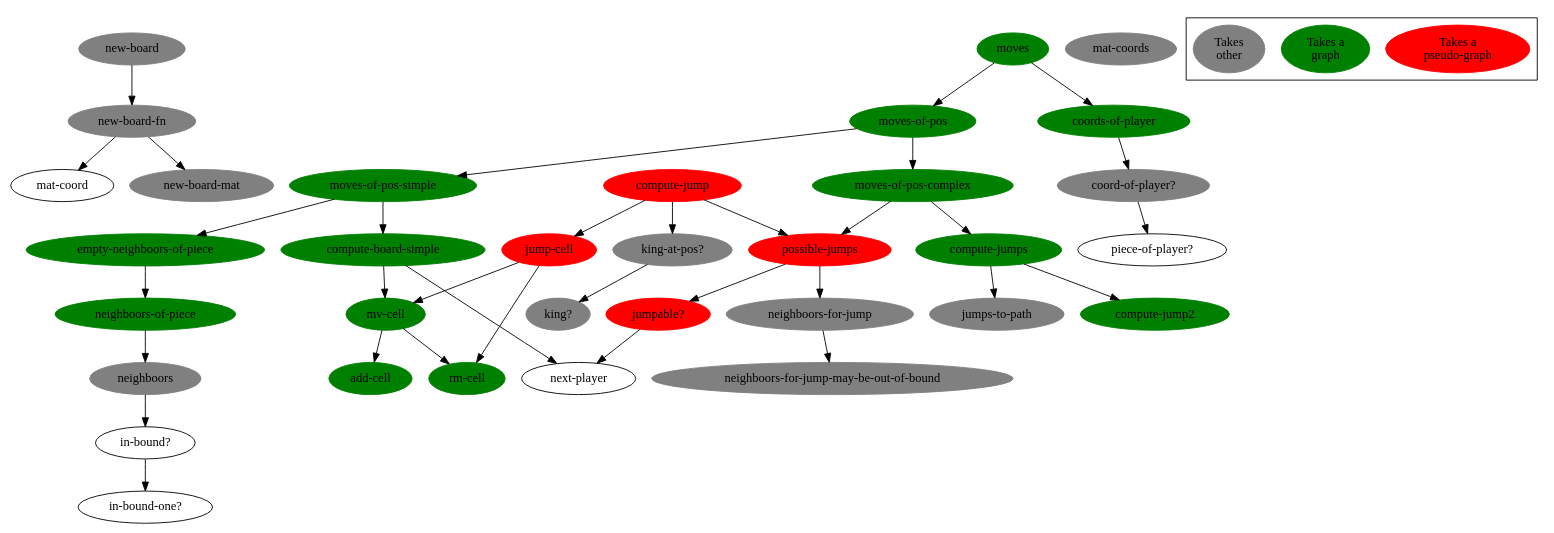
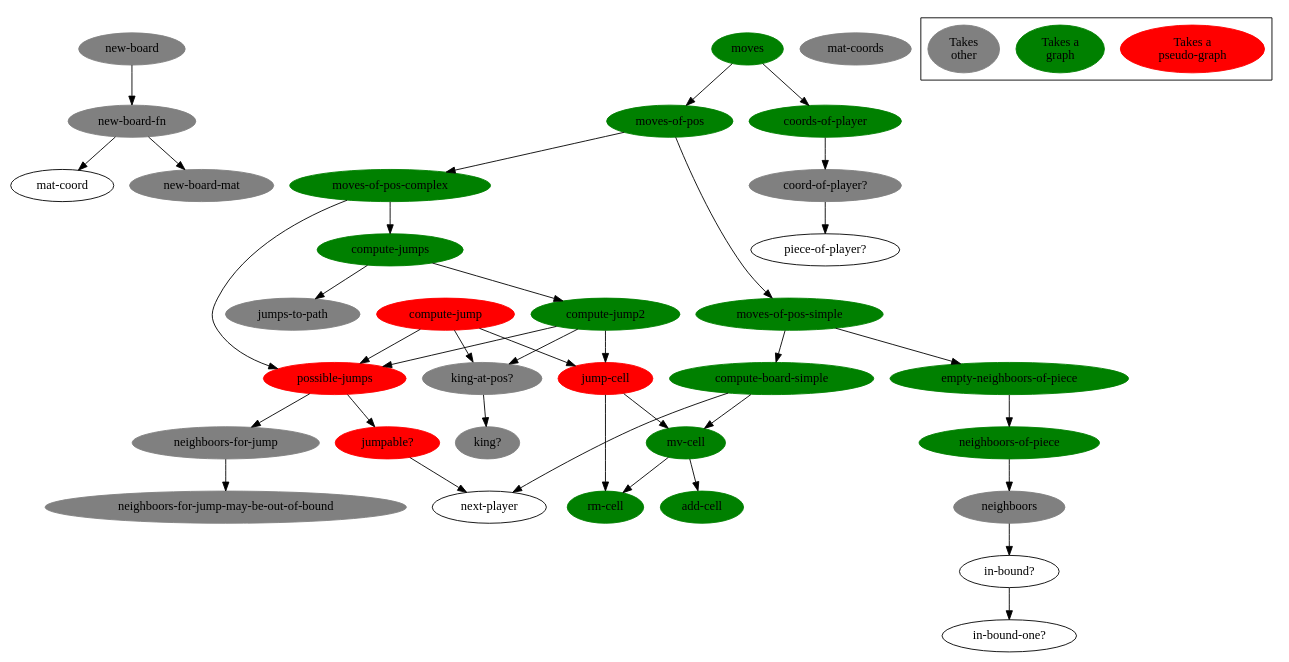
Before and after one commit to denlab/clojure-plays-checkers: the diagram in doc/function-graph-detailled.dot, drawn with Graphviz. The commit also changed 1 other file, not shown here.

Commit message:
refacto-in-progress: implemented compute-jump2, compute-jump ready to be deleted

```diff
--- a/doc/function-graph-detailled.dot
+++ b/doc/function-graph-detailled.dot
@@ -1,115 +1,119 @@
 digraph funtions {
 
 /******************************************************************************
  *                         edges                                              *         
  ******************************************************************************/
 
         "new-board-fn" -> "mat-coord";
         "new-board-fn" -> "new-board-mat";
         
         "new-board" -> "new-board-fn";
 
         "in-bound?" -> "in-bound-one?";
 
         "neighboors" -> "in-bound?";
 
         "neighboors-of-piece" -> "neighboors";
 
         "empty-neighboors-of-piece" -> "neighboors-of-piece";
 
         "mv-cell" -> "rm-cell";
         "mv-cell" -> "add-cell";
 
         "compute-board-simple" -> "mv-cell";
         "compute-board-simple" -> "next-player";
 
         "moves-of-pos-simple" -> "compute-board-simple";
         "moves-of-pos-simple" ->  "empty-neighboors-of-piece";
         
         "neighboors-for-jump" -> "neighboors-for-jump-may-be-out-of-bound";
 
         "jumpable?" -> "next-player";
 
         "possible-jumps" -> "jumpable?";
         "possible-jumps" -> "neighboors-for-jump";
 
         "jump-cell" -> "rm-cell";
         "jump-cell" -> "mv-cell";
 
         "king-at-pos?" -> "king?";
 
         "compute-jump" -> "jump-cell";
         "compute-jump" -> "possible-jumps";
         "compute-jump" -> "king-at-pos?";
+
+        "compute-jump2" -> "jump-cell";
+        "compute-jump2" -> "possible-jumps";
+        "compute-jump2" -> "king-at-pos?";
 
         "compute-jumps" -> "compute-jump2";
         "compute-jumps" -> "jumps-to-path";
 
         "moves-of-pos-complex" -> "compute-jumps";
         "moves-of-pos-complex" -> "possible-jumps";
 
         "moves-of-pos" -> "moves-of-pos-simple";
         "moves-of-pos" -> "moves-of-pos-complex";
 
         "coord-of-player?" -> "piece-of-player?";
 
         "coords-of-player" -> "coord-of-player?";
 
         "moves" -> "moves-of-pos";
         "moves" -> "coords-of-player";
 
 /******************************************************************************
  *                         nodes                                              *         
  ******************************************************************************/
 
         "moves"[bgcolor=green color=green style=filled];
         "coords-of-player"[bgcolor=green color=green style=filled];
         "moves-of-pos"[bgcolor=green color=green style=filled];
         "moves-of-pos-complex"[bgcolor=green color=green style=filled];
         "moves-of-pos-simple"[bgcolor=green color=green style=filled];
         "compute-board-simple"[bgcolor=green color=green style=filled];
         "mv-cell"[bgcolor=green color=green style=filled];
         "add-cell"[bgcolor=green color=green style=filled];
         "rm-cell"[bgcolor=green color=green style=filled];
         "empty-neighboors-of-piece"[bgcolor=green color=green style=filled];
         "neighboors-of-piece"[bgcolor=green color=green style=filled];
 
         "compute-jump"[bgcolor=red color=red style=filled];
 
         "compute-jump2"[bgcolor=green color=green style=filled];
 
         "jump-cell"[bgcolor=red color=red style=filled];
         "possible-jumps"[bgcolor=red color=red style=filled];
         "jumpable?"[bgcolor=red color=red style=filled];
 
         "coord-of-player?"[bgcolor=grey color=grey style=filled];
         "jumps-to-path"[bgcolor=grey color=grey style=filled];
         "king-at-pos?"[bgcolor=grey color=grey style=filled];
         "king?"[bgcolor=grey color=grey style=filled];
         "neighboors-for-jump"[bgcolor=grey color=grey style=filled];
         "neighboors-for-jump-may-be-out-of-bound"[bgcolor=grey color=grey style=filled];
         "neighboors"[bgcolor=grey color=grey style=filled];
         "new-board"[bgcolor=grey color=grey style=filled];
         "new-board-fn"[bgcolor=grey color=grey style=filled];
         "new-board-mat"[bgcolor=grey color=grey style=filled];
         "mat-coords"[bgcolor=grey color=grey style=filled];
 
 
         "compute-jumps"[bgcolor=green color=green style=filled];
 
 /******************************************************************************
  *                         legend                                             *         
  ******************************************************************************/
 
         "Takes a\npseudo-graph"[bgcolor=red color=red style=filled];
         "Takes a\ngraph"[bgcolor=green color=green style=filled];
 //        "Takes\nother"[bgcolor="#94003f" color="#94003f" style=filled];
         "Takes\nother"[bgcolor=grey color=grey style=filled];
 
         subgraph "cluster-legend" {
                 "Takes a\npseudo-graph";
                 "Takes a\ngraph";
                 "Takes\nother";
         }
 
 }
```
